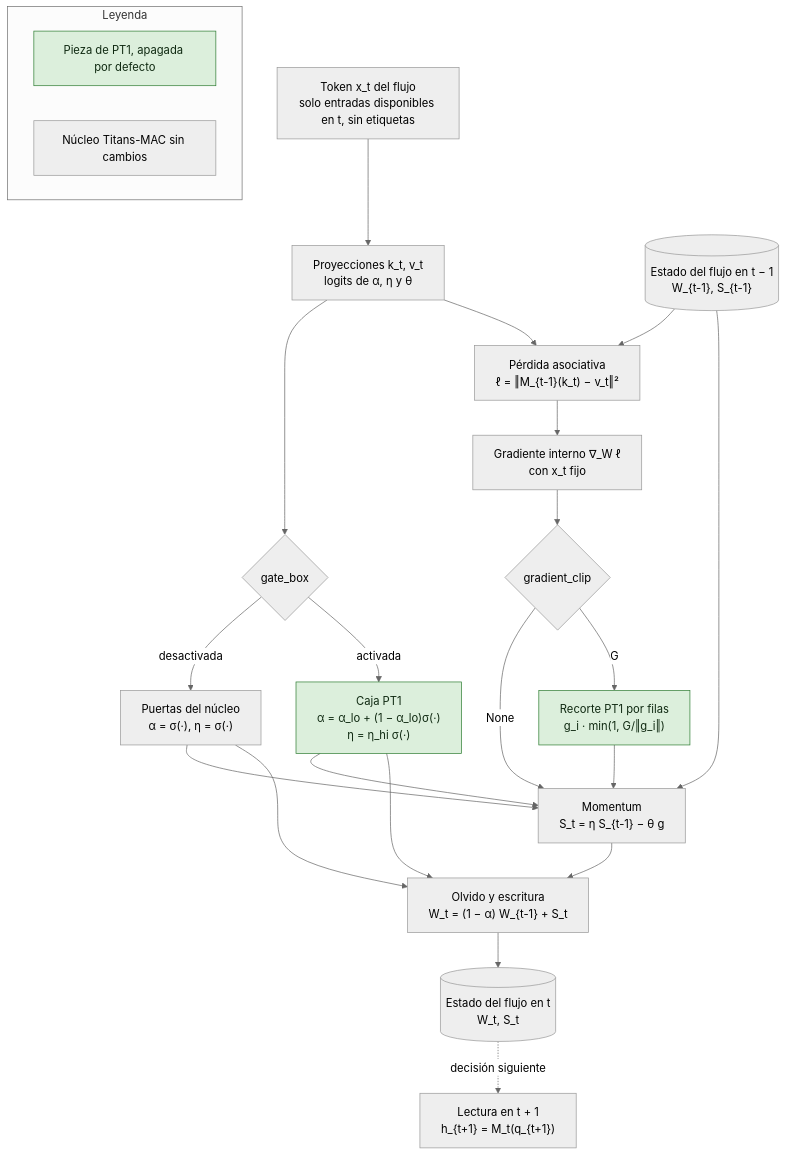
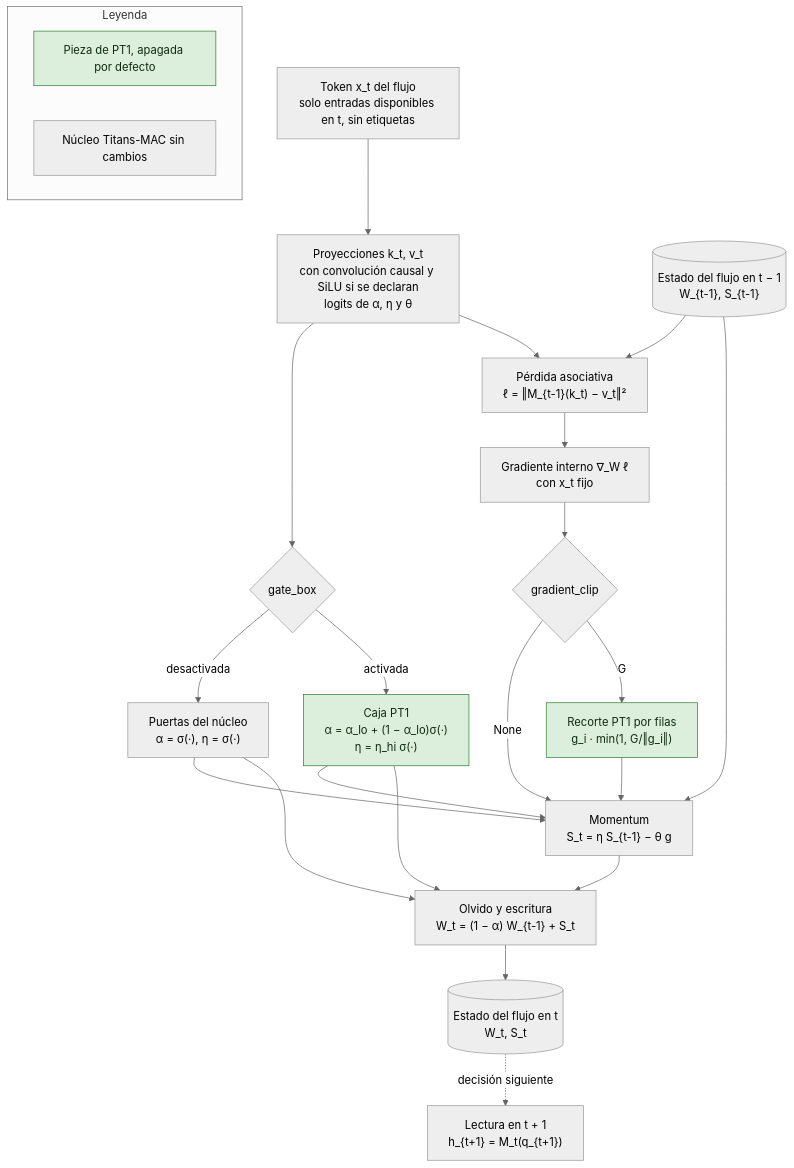
Before and after one commit to GonxKZ/mars-titan: the diagram in docs/engineering/titans-memory-stability.md, drawn with Mermaid (neutral theme). The commit also changed other lines of this file, not shown here.

````diff
--- a/docs/engineering/titans-memory-stability.md
+++ b/docs/engineering/titans-memory-stability.md
@@ -16,39 +16,39 @@
 ```mermaid
 flowchart TD
     X["Token x_t del flujo<br/>solo entradas disponibles en t, sin etiquetas"]
-    PR["Proyecciones k_t, v_t<br/>logits de α, η y θ"]
+    PR["Proyecciones k_t, v_t<br/>con convolución causal y SiLU si se declaran<br/>logits de α, η y θ"]
     BOX{"gate_box"}
     G0["Puertas del núcleo<br/>α = σ(·), η = σ(·)"]
     G1["Caja PT1<br/>α = α_lo + (1 − α_lo)σ(·)<br/>η = η_hi σ(·)"]:::pt1
     W0[("Estado del flujo en t − 1<br/>W_{t-1}, S_{t-1}")]
     L["Pérdida asociativa<br/>ℓ = ‖M_{t-1}(k_t) − v_t‖²"]
     GR["Gradiente interno ∇_W ℓ<br/>con x_t fijo"]
     CL{"gradient_clip"}
     C1["Recorte PT1 por filas<br/>g_i · min(1, G/‖g_i‖)"]:::pt1
     S["Momentum<br/>S_t = η S_{t-1} − θ g"]
     W["Olvido y escritura<br/>W_t = (1 − α) W_{t-1} + S_t"]
     W1[("Estado del flujo en t<br/>W_t, S_t")]
     R["Lectura en t + 1<br/>h_{t+1} = M_t(q_{t+1})"]
 
     X --> PR --> BOX
     BOX -- desactivada --> G0
     BOX -- activada --> G1
     W0 --> L
     PR --> L --> GR --> CL
     CL -- None --> S
     CL -- G --> C1 --> S
     G0 --> S
     G1 --> S
     G0 --> W
     G1 --> W
     W0 --> S
     S --> W --> W1
     W1 -. decisión siguiente .-> R
 
     subgraph LEY["Leyenda"]
         L1["Pieza de PT1, apagada por defecto"]:::pt1
         L2["Núcleo Titans-MAC sin cambios"]
     end
 
     classDef pt1 fill:#dcefdc,stroke:#2e7d32,color:#102a12
 ```
````
